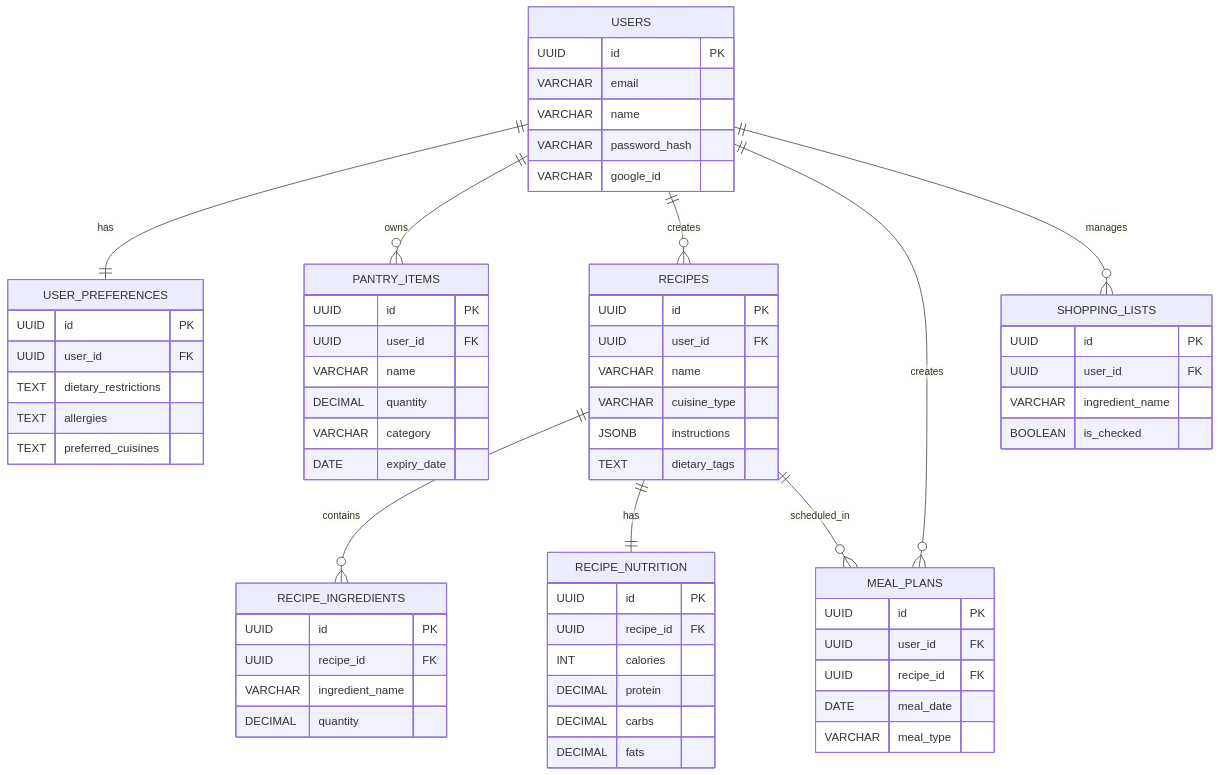
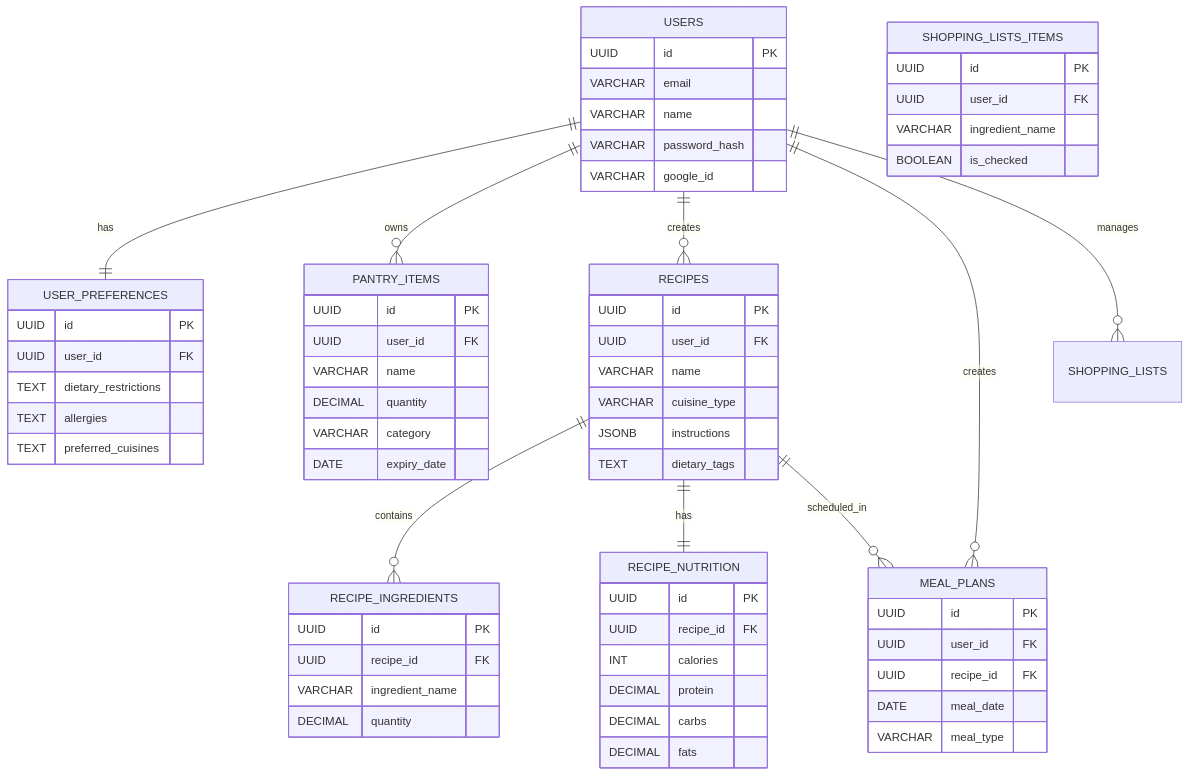
One commit to Arnavvvvvvvvvv/Smart-Meal-Planner changed the diagram in README.md. Above: the diagram before and after it, drawn with Mermaid.

Commit message:
Fix formatting in README

```diff
--- a/README.md
+++ b/README.md
@@ -186,7 +186,7 @@
         VARCHAR meal_type
     }
 
-    SHOPPING_LISTS {
+    SHOPPING_LISTS_ITEMS {
         UUID id PK
         UUID user_id FK
         VARCHAR ingredient_name
```
